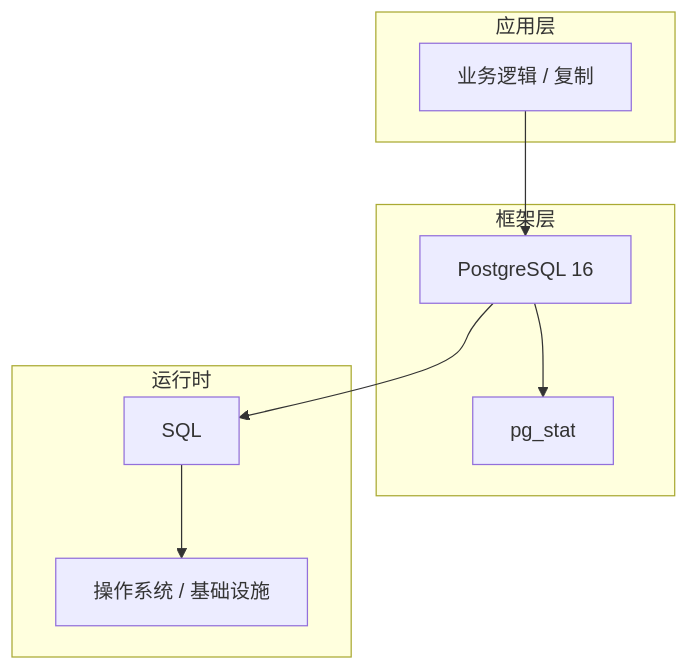
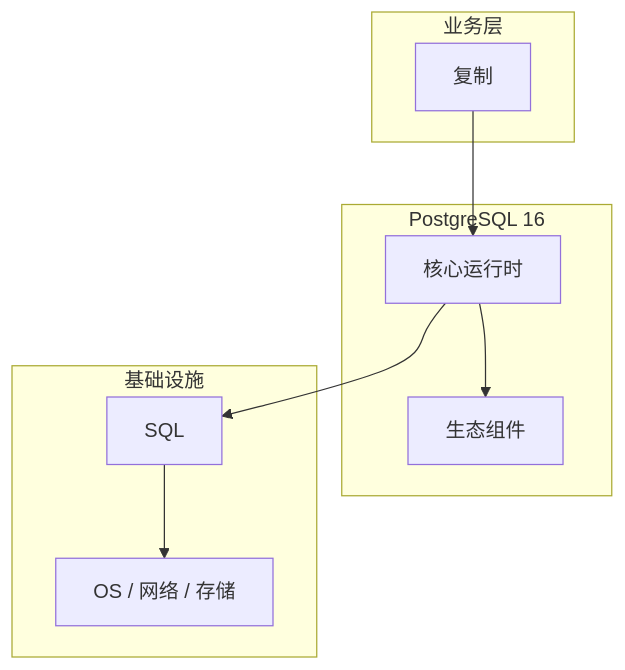
Before and after one commit to yanggan2015/knowledge-json-v2: the diagram in articles/PostgreSQL/chapters/073-复制核心概念与原理.md, drawn with Mermaid. The commit also changed other lines of this file and 10127 other files, not shown here.

````diff
--- a/articles/PostgreSQL/chapters/073-复制核心概念与原理.md
+++ b/articles/PostgreSQL/chapters/073-复制核心概念与原理.md
@@ -45,18 +34,18 @@
 ```mermaid
 graph TB
-    subgraph 应用层
-        A[业务逻辑 / 复制]
+    subgraph 业务层
+        A[复制]
     end
-    subgraph 框架层
-        B[PostgreSQL 16]
-        C[pg_stat]
+    subgraph PostgreSQL 16
+        B[核心运行时]
+        C[生态组件]
     end
-    subgraph 运行时
+    subgraph 基础设施
         D[SQL]
-        E[操作系统 / 基础设施]
+        E[OS / 网络 / 存储]
     end
     A --> B
     B --> C
     B --> D
     D --> E
 ```
````
